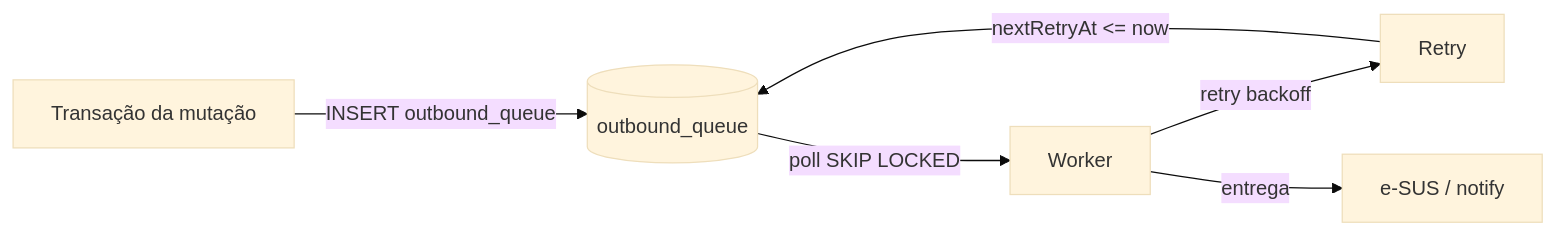
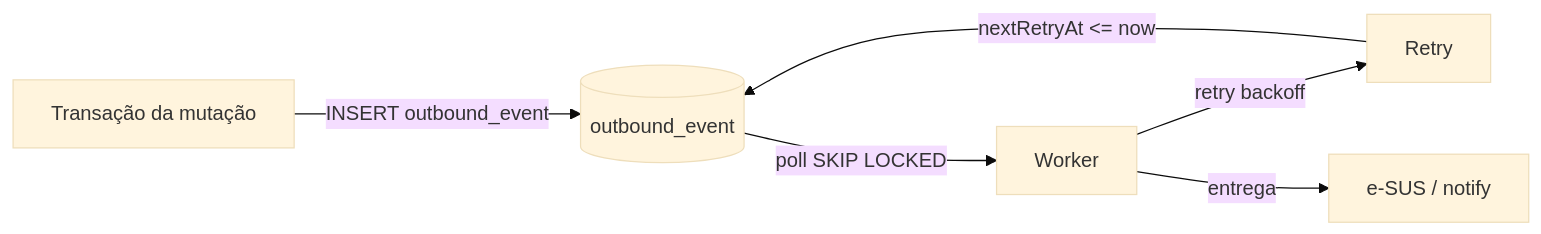
The fourth of 5 diagrams in docs/pts-context-docs/diagramas/11-arquitetura-tecnica.md (PET-Saude-Digital-GT-01-PCD/pts), drawn with Mermaid (base theme) before and after one commit. The commit also changed 2 other files, not shown here.

Commit message:
docs: corrige outbound_queue -> outbound_event em plano/11, plano/13 e diagrama
Mesmo drift de nomenclatura corrigido em plano/12 e ADR-0006 (commit
anterior), escapou do grep porque estava restrito a plano/12 na hora.

````diff
--- a/docs/pts-context-docs/diagramas/11-arquitetura-tecnica.md
+++ b/docs/pts-context-docs/diagramas/11-arquitetura-tecnica.md
@@ -121,8 +121,8 @@
 ```mermaid
 flowchart LR
-    TX[Transação da mutação] -->|INSERT outbound_queue| Q[(outbound_queue)]
+    TX[Transação da mutação] -->|INSERT outbound_event| Q[(outbound_event)]
     Q -->|poll SKIP LOCKED| W[Worker]
     W -->|retry backoff| R[Retry]
     W -->|entrega| EXT[e-SUS / notify]
     R -->|nextRetryAt <= now| Q
 ```
````
